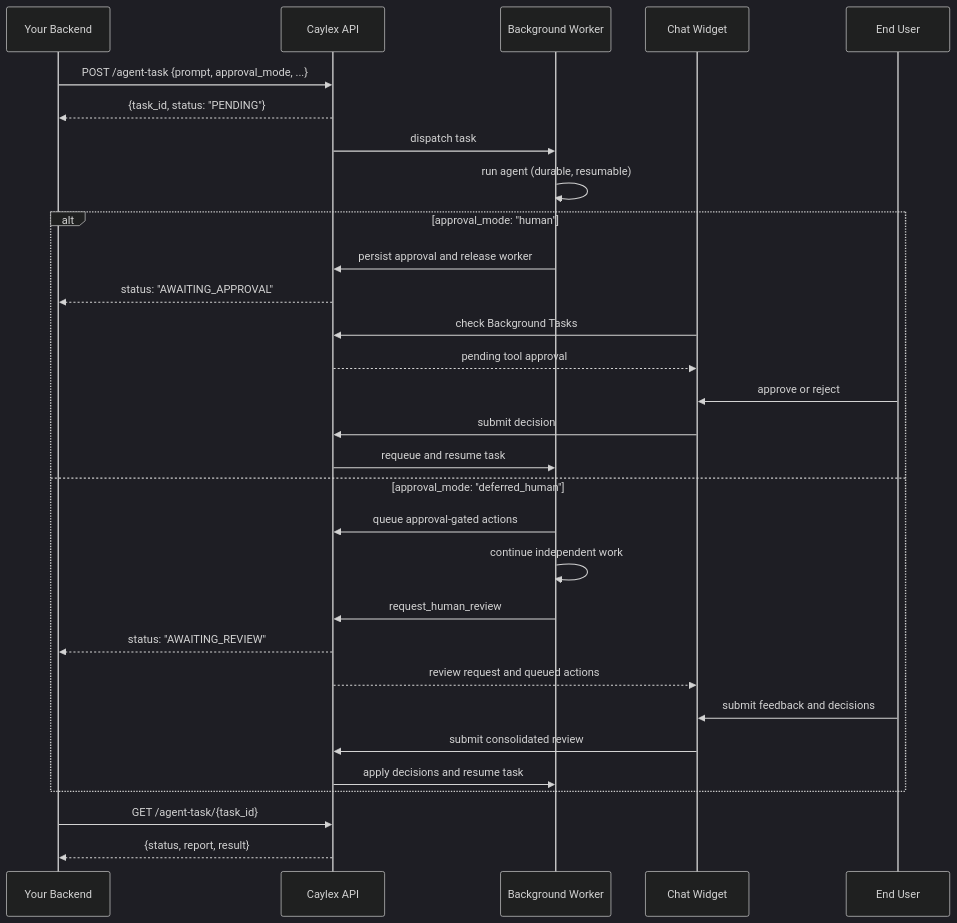
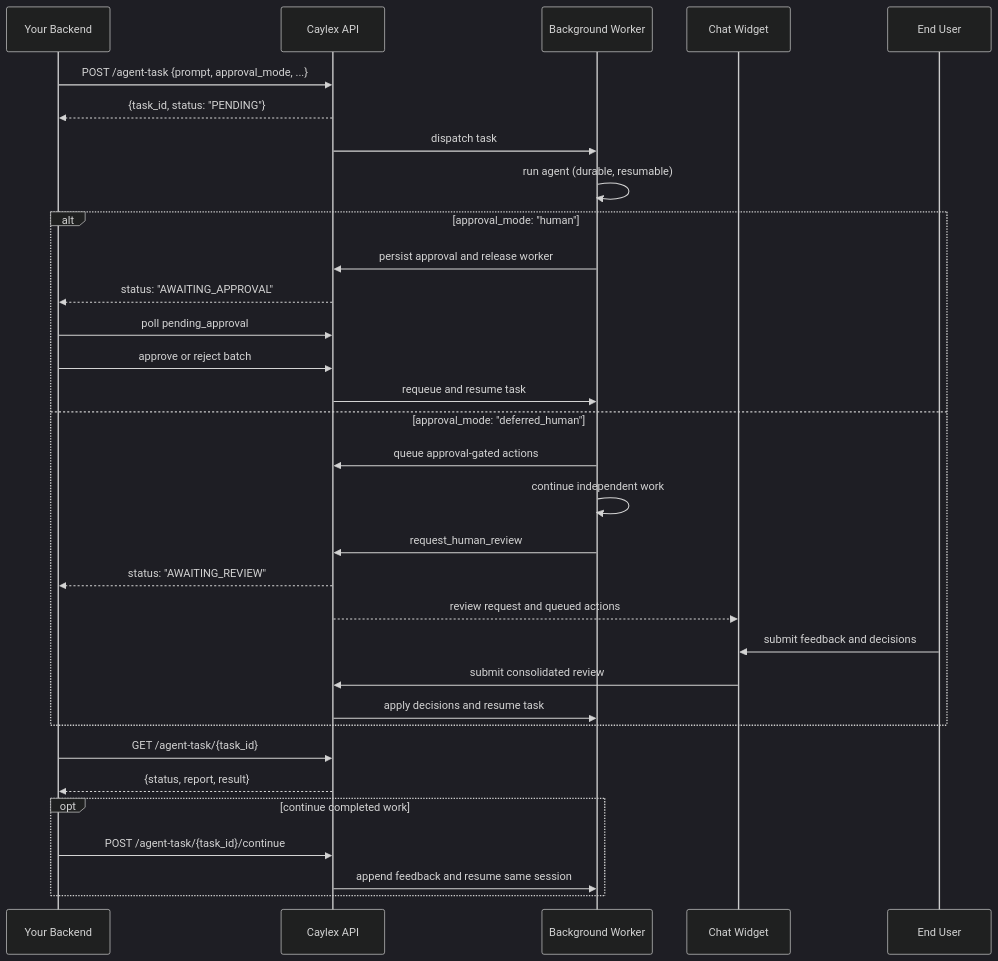
One commit to caylex-ai/caylex-developer-docs changed the diagram in background-tasks/agent-tasks.mdx. Above: the diagram before and after it, drawn with Mermaid (dark theme). The commit also changed other lines of this file and 4 other files, not shown here.

````diff
--- a/background-tasks/agent-tasks.mdx
+++ b/background-tasks/agent-tasks.mdx
@@ -23,33 +26,35 @@
 ```mermaid
 sequenceDiagram
     participant Backend as Your Backend
     participant Caylex as Caylex API
     participant Worker as Background Worker
     participant Widget as Chat Widget
     participant User as End User
 
     Backend->>Caylex: POST /agent-task {prompt, approval_mode, ...}
     Caylex-->>Backend: {task_id, status: "PENDING"}
     Caylex->>Worker: dispatch task
     Worker->>Worker: run agent (durable, resumable)
     alt approval_mode: "human"
         Worker->>Caylex: persist approval and release worker
         Caylex-->>Backend: status: "AWAITING_APPROVAL"
-        Widget->>Caylex: check Background Tasks
-        Caylex-->>Widget: pending tool approval
-        User->>Widget: approve or reject
-        Widget->>Caylex: submit decision
+        Backend->>Caylex: poll pending_approval
+        Backend->>Caylex: approve or reject batch
         Caylex->>Worker: requeue and resume task
     else approval_mode: "deferred_human"
         Worker->>Caylex: queue approval-gated actions
         Worker->>Worker: continue independent work
         Worker->>Caylex: request_human_review
         Caylex-->>Backend: status: "AWAITING_REVIEW"
         Caylex-->>Widget: review request and queued actions
         User->>Widget: submit feedback and decisions
         Widget->>Caylex: submit consolidated review
         Caylex->>Worker: apply decisions and resume task
     end
     Backend->>Caylex: GET /agent-task/{task_id}
     Caylex-->>Backend: {status, report, result}
+    opt continue completed work
+        Backend->>Caylex: POST /agent-task/{task_id}/continue
+        Caylex->>Worker: append feedback and resume same session
+    end
 ```
````
